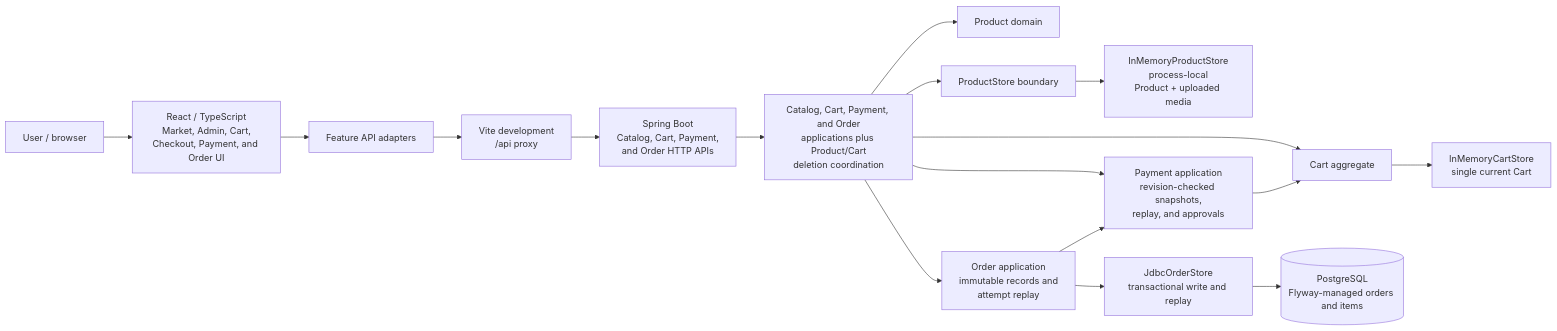
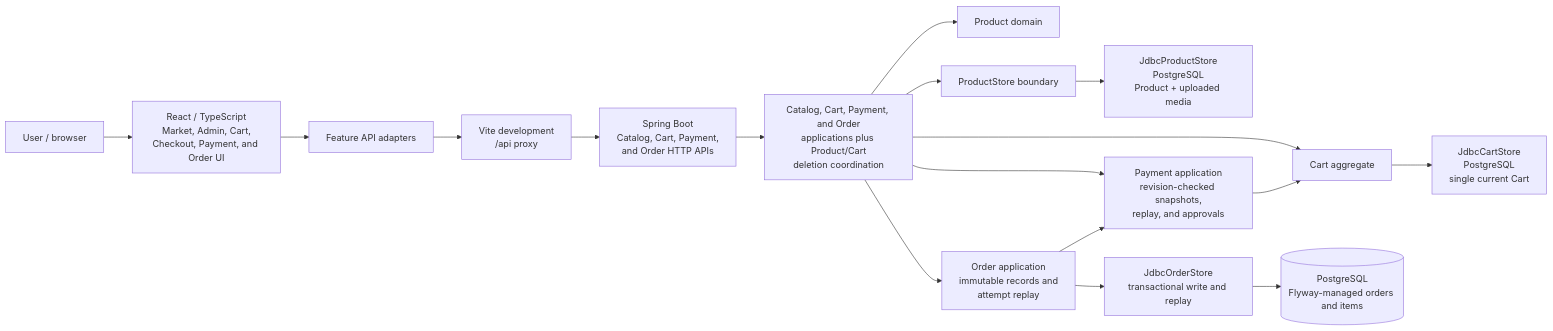
Before and after one commit to Samska/samska-sandbox: the first of 2 diagrams in README.md, drawn with Mermaid. The commit also changed other lines of this file and 25 other files, not shown here.

Commit message:
SS-067 — Persist the Catalog in PostgreSQL (#130)

````diff
--- a/README.md
+++ b/README.md
@@ -71,19 +71,19 @@
 ```mermaid
 flowchart LR
     User[User / browser] --> UI[React / TypeScript<br/>Market, Admin, Cart,<br/>Checkout, Payment, and Order UI]
     UI --> Adapter[Feature API adapters]
     Adapter --> Proxy[Vite development<br/>/api proxy]
     Proxy --> HTTP[Spring Boot<br/>Catalog, Cart, Payment,<br/>and Order HTTP APIs]
     HTTP --> App[Catalog, Cart, Payment, and Order<br/>applications plus Product/Cart<br/>deletion coordination]
     App --> Domain[Product domain]
     App --> Store[ProductStore boundary]
-    Store --> Memory[InMemoryProductStore<br/>process-local<br/>Product + uploaded media]
+    Store --> Memory[JdbcProductStore<br/>PostgreSQL<br/>Product + uploaded media]
     App --> Cart[Cart aggregate]
-    Cart --> CartMemory[InMemoryCartStore<br/>single current Cart]
+    Cart --> CartMemory[JdbcCartStore<br/>PostgreSQL<br/>single current Cart]
     App --> Payment[Payment application<br/>revision-checked snapshots,<br/>replay, and approvals]
     Payment --> Cart
     App --> Order[Order application<br/>immutable records and<br/>attempt replay]
     Order --> Payment
     Order --> Jdbc[JdbcOrderStore<br/>transactional write and replay]
     Jdbc --> Postgres[(PostgreSQL<br/>Flyway-managed orders and items)]
 ```
````
